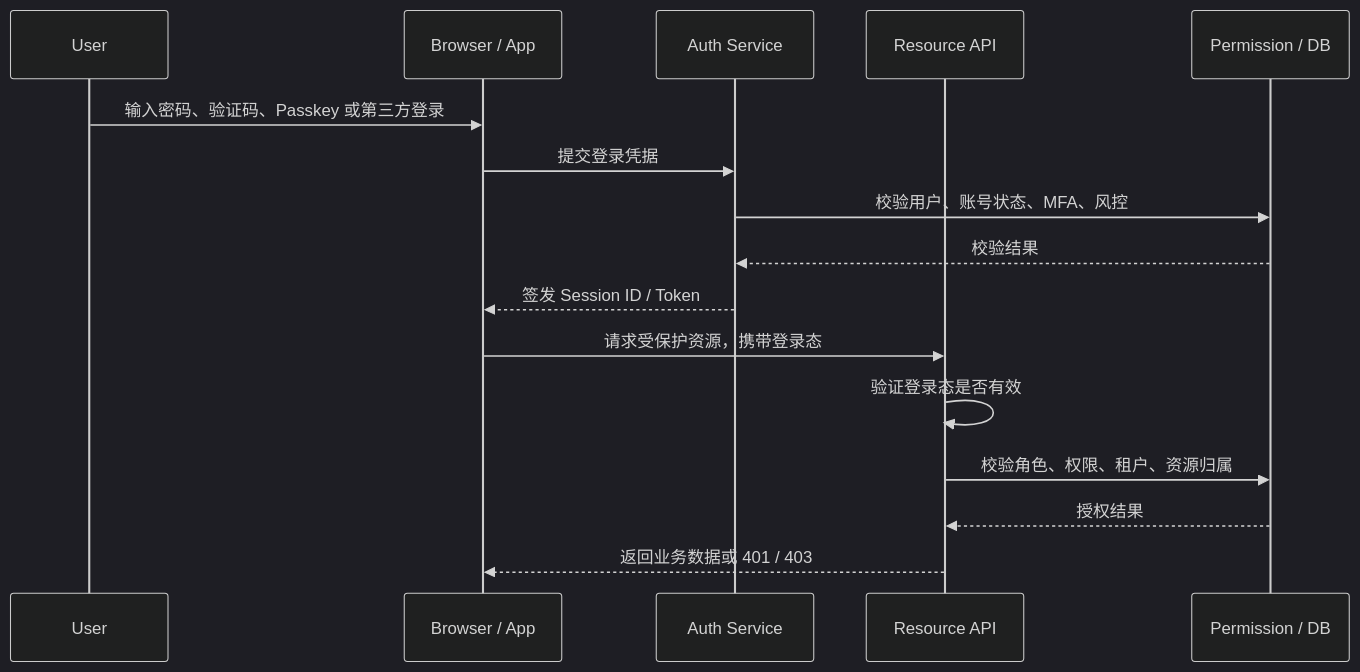
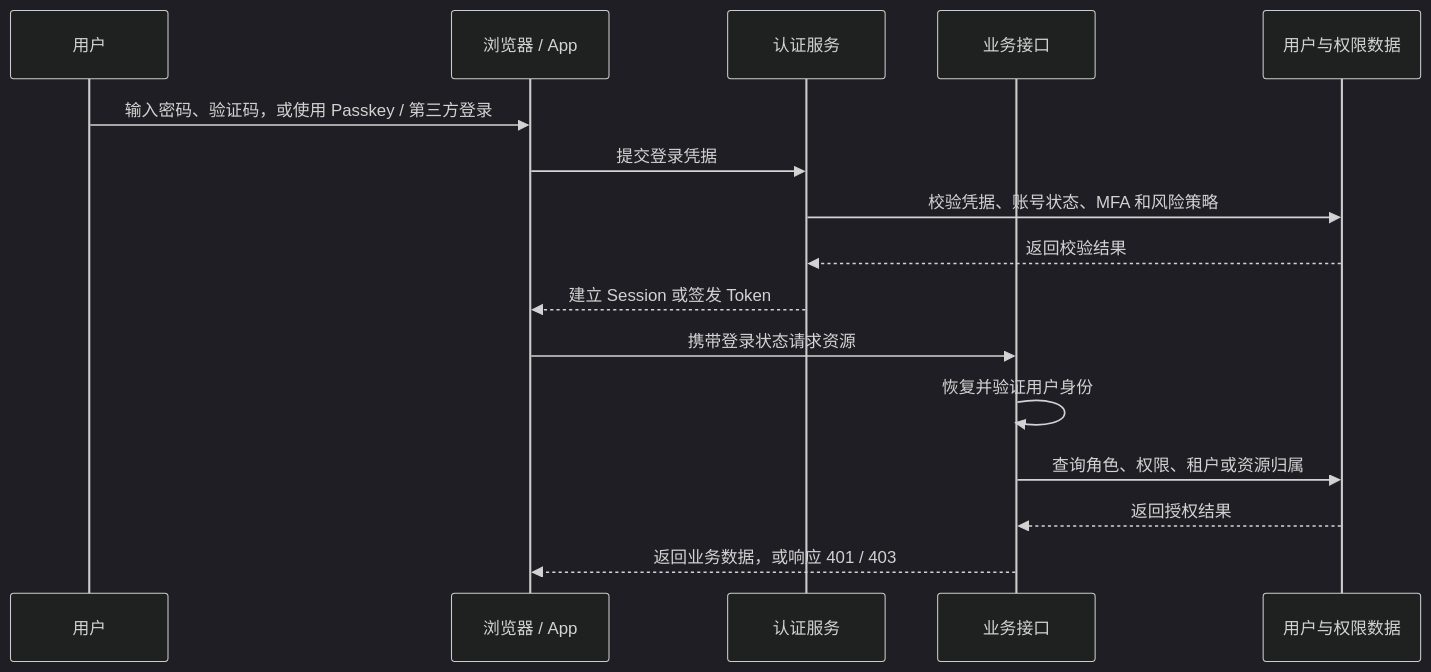
Before and after one commit to zeevenn/notes: the diagram in docs/security/auth/README.md, drawn with Mermaid (dark theme). The commit also changed other lines of this file and 1 other file, not shown here.

Commit message:
docs: refine auth overview writing style

````diff
--- a/docs/security/auth/README.md
+++ b/docs/security/auth/README.md
@@ -18,19 +16,19 @@
 ```mermaid
 sequenceDiagram
-  participant U as User
-  participant B as Browser / App
-  participant A as Auth Service
-  participant R as Resource API
-  participant P as Permission / DB
+  participant U as 用户
+  participant B as 浏览器 / App
+  participant A as 认证服务
+  participant R as 业务接口
+  participant P as 用户与权限数据
 
-  U->>B: 输入密码、验证码、Passkey 或第三方登录
+  U->>B: 输入密码、验证码，或使用 Passkey / 第三方登录
   B->>A: 提交登录凭据
-  A->>P: 校验用户、账号状态、MFA、风控
-  P-->>A: 校验结果
-  A-->>B: 签发 Session ID / Token
-  B->>R: 请求受保护资源，携带登录态
-  R->>R: 验证登录态是否有效
-  R->>P: 校验角色、权限、租户、资源归属
-  P-->>R: 授权结果
-  R-->>B: 返回业务数据或 401 / 403
+  A->>P: 校验凭据、账号状态、MFA 和风险策略
+  P-->>A: 返回校验结果
+  A-->>B: 建立 Session 或签发 Token
+  B->>R: 携带登录状态请求资源
+  R->>R: 恢复并验证用户身份
+  R->>P: 查询角色、权限、租户或资源归属
+  P-->>R: 返回授权结果
+  R-->>B: 返回业务数据，或响应 401 / 403
 ```
````
